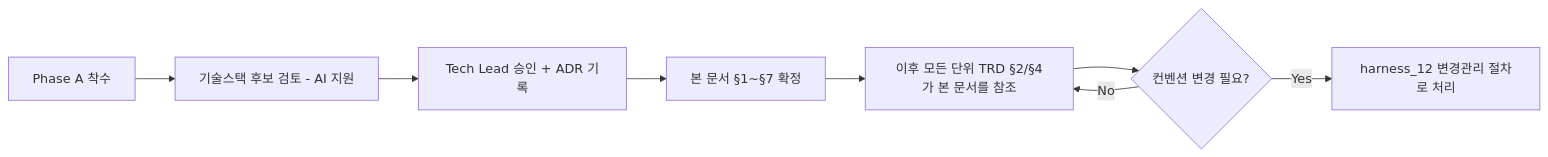
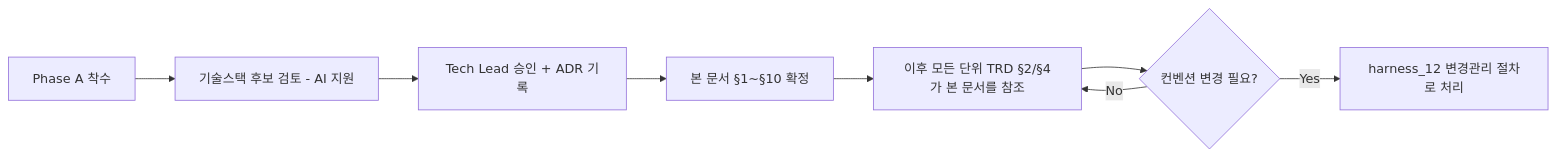
The diagram in harness/harness_13_tech_conventions.md (jcs19752510-ui/HARNESS_BASIC), drawn with Mermaid before and after one commit. The commit also changed other lines of this file and 11 other files, not shown here.

````diff
--- a/harness/harness_13_tech_conventions.md
+++ b/harness/harness_13_tech_conventions.md
@@ -57,10 +94,10 @@
 ```mermaid
 flowchart LR
     A[Phase A 착수] --> B[기술스택 후보 검토 - AI 지원]
     B --> C[Tech Lead 승인 + ADR 기록]
-    C --> D[본 문서 §1~§7 확정]
+    C --> D[본 문서 §1~§10 확정]
     D --> E[이후 모든 단위 TRD §2/§4가 본 문서를 참조]
     E --> F{컨벤션 변경 필요?}
     F -- Yes --> G[harness_12 변경관리 절차로 처리]
     F -- No --> E
 ```
````
